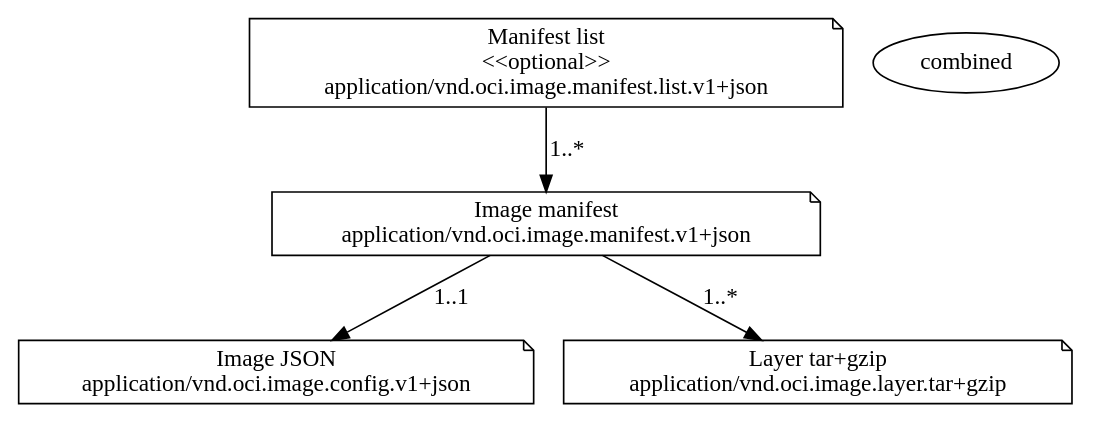
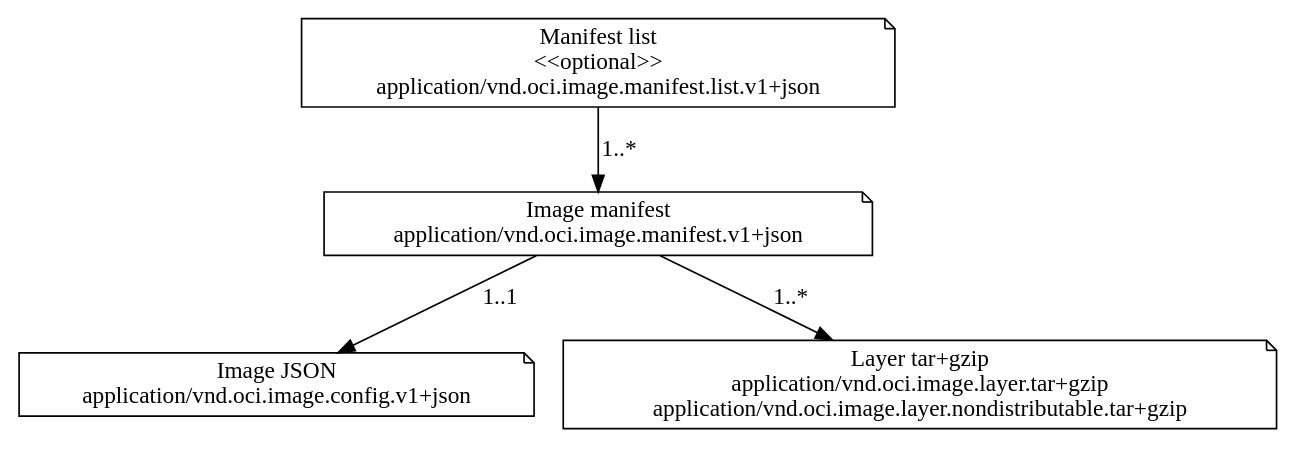
The diagram in img/media-types.dot (dattgoswami9lk5g/bremlinr), drawn with Graphviz before and after one commit. The commit also changed 1 other file, not shown here.

Commit message:
img: update media-types image

```diff
--- a/img/media-types.dot
+++ b/img/media-types.dot
@@ -1,13 +1,12 @@
 digraph G {
   {
     manifestList [shape=note, label="Manifest list\n<<optional>>\napplication/vnd.oci.image.manifest.list.v1+json"]
     manifest [shape=note, label="Image manifest\napplication/vnd.oci.image.manifest.v1+json"]
     config [shape=note, label="Image JSON\napplication/vnd.oci.image.config.v1+json"]
-    layer [shape=note, label="Layer tar+gzip\napplication/vnd.oci.image.layer.tar+gzip"]
+    layer [shape=note, label="Layer tar+gzip\napplication/vnd.oci.image.layer.tar+gzip\napplication/vnd.oci.image.layer.nondistributable.tar+gzip"]
   }
 
   manifestList -> manifest [label="1..*"]
   manifest -> config [label="1..1"]
   manifest -> layer [label="1..*"]
-  combined
 }
```
